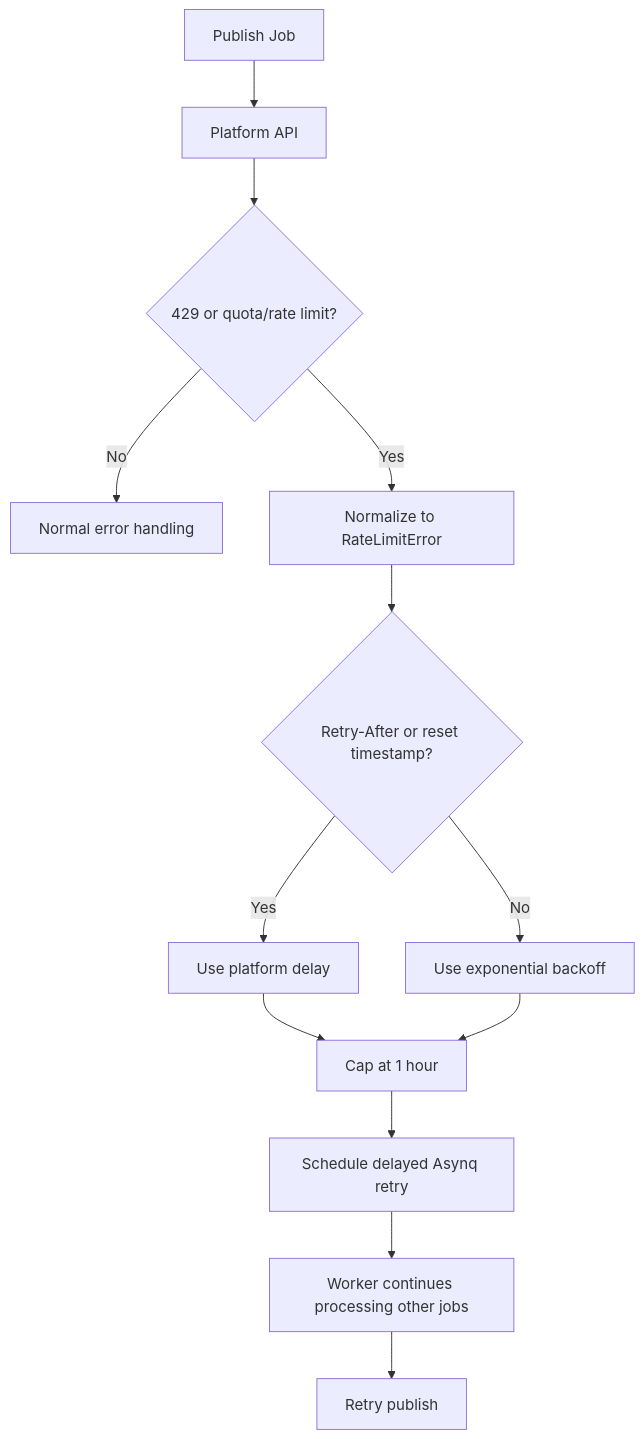
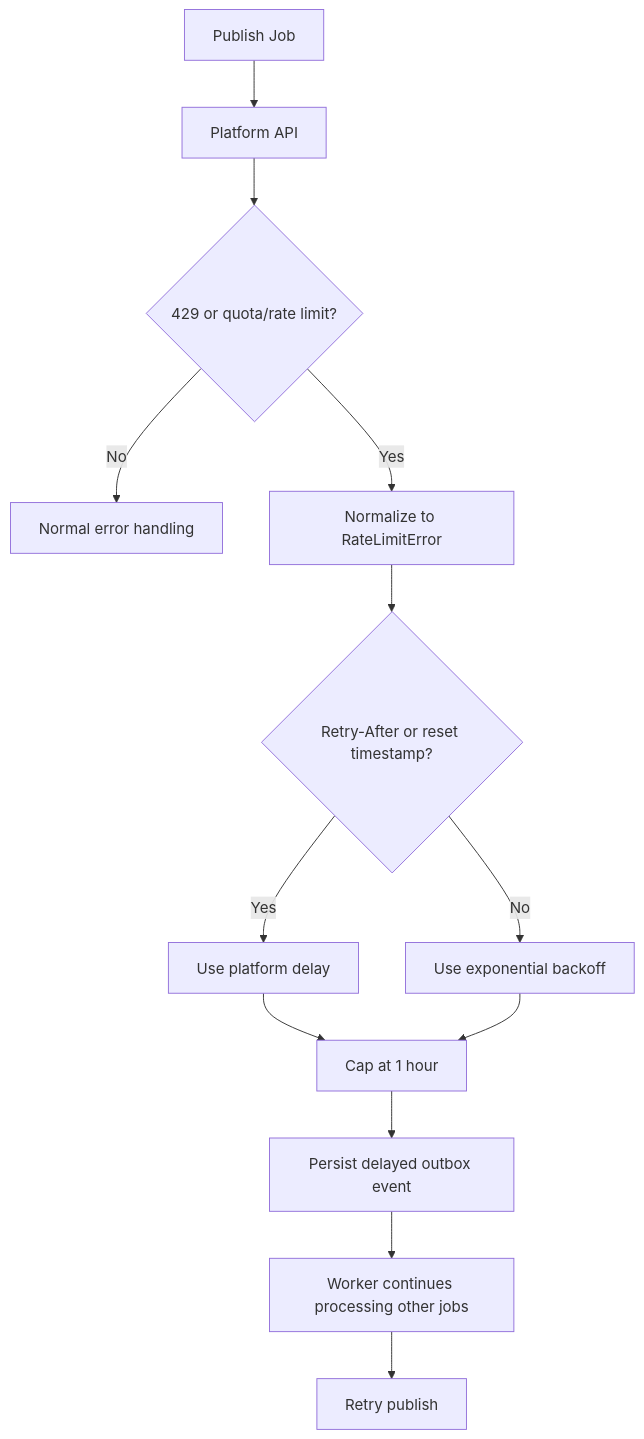
The first of 2 diagrams in docs/retry.md (iamvalson/blink), drawn with Mermaid before and after one commit. The commit also changed other lines of this file and 25 other files, not shown here.

````diff
--- a/docs/retry.md
+++ b/docs/retry.md
@@ -35,15 +35,15 @@
 ```mermaid
 flowchart TD
     A[Publish Job] --> B[Platform API]
     B --> C{429 or quota/rate limit?}
     C -->|No| D[Normal error handling]
     C -->|Yes| E[Normalize to RateLimitError]
     E --> F{Retry-After or reset timestamp?}
     F -->|Yes| G[Use platform delay]
     F -->|No| H[Use exponential backoff]
     G --> I[Cap at 1 hour]
     H --> I
-    I --> J[Schedule delayed Asynq retry]
+    I --> J[Persist delayed outbox event]
     J --> K[Worker continues processing other jobs]
     K --> L[Retry publish]
 ```
````
